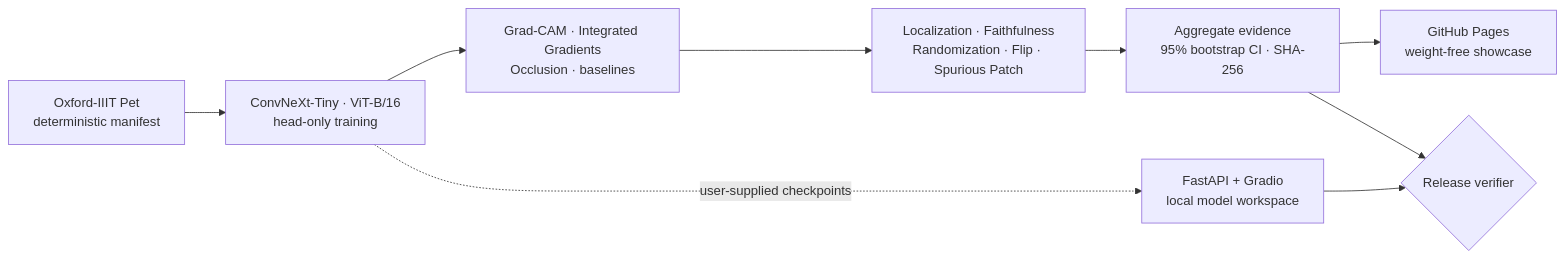
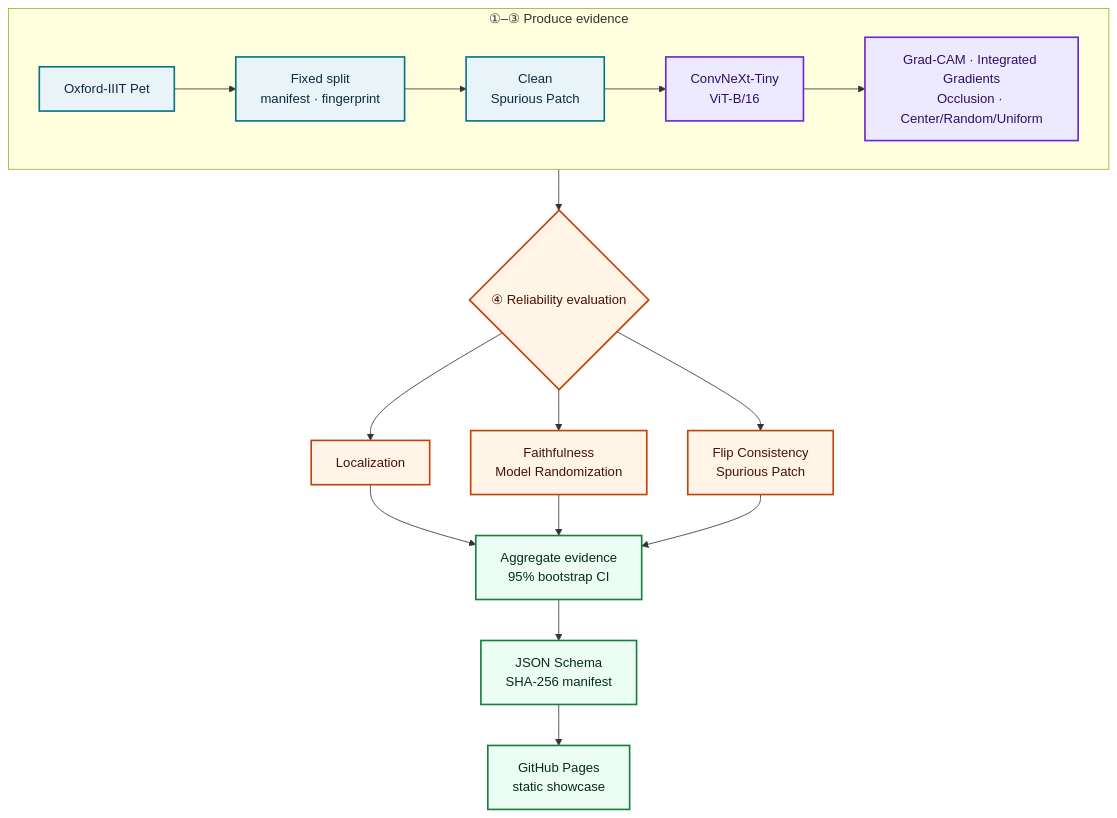
One commit to kuotunyu/vision-xai-reliability-lab changed the first of 2 diagrams in README_en.md. Above: the diagram before and after it, drawn with Mermaid. The commit also changed other lines of this file and 1 other file, not shown here.

Commit message:
Clarify README evidence architecture

````diff
--- a/README_en.md
+++ b/README_en.md
@@ -34,11 +36,29 @@
 ```mermaid
-flowchart LR
-    Data["Oxford-IIIT Pet<br/>deterministic manifest"] --> Train["ConvNeXt-Tiny · ViT-B/16<br/>head-only training"]
-    Train --> Attr["Grad-CAM · Integrated Gradients<br/>Occlusion · baselines"]
-    Attr --> Eval["Localization · Faithfulness<br/>Randomization · Flip · Spurious Patch"]
-    Eval --> Evidence["Aggregate evidence<br/>95% bootstrap CI · SHA-256"]
-    Evidence --> Showcase["GitHub Pages<br/>weight-free showcase"]
-    Train -. user-supplied checkpoints .-> Local["FastAPI + Gradio<br/>local model workspace"]
-    Evidence --> Gate{"Release verifier"}
-    Local --> Gate
+flowchart TB
+    subgraph Produce["①–③ Produce evidence"]
+        direction LR
+        Data["Oxford-IIIT Pet"] --> Contract["Fixed split<br/>manifest · fingerprint"]
+        Contract --> Conditions["Clean<br/>Spurious Patch"]
+        Conditions --> Models["ConvNeXt-Tiny<br/>ViT-B/16"]
+        Models --> Attribution["Grad-CAM · Integrated Gradients<br/>Occlusion · Center/Random/Uniform"]
+    end
+
+    Attribution --> Evaluate{"④ Reliability evaluation"}
+    Evaluate --> Localization["Localization"]
+    Evaluate --> Dependence["Faithfulness<br/>Model Randomization"]
+    Evaluate --> Robustness["Flip Consistency<br/>Spurious Patch"]
+    Localization --> Aggregate["Aggregate evidence<br/>95% bootstrap CI"]
+    Dependence --> Aggregate
+    Robustness --> Aggregate
+    Aggregate --> Integrity["JSON Schema<br/>SHA-256 manifest"]
+    Integrity --> Showcase["GitHub Pages<br/>static showcase"]
+
+    classDef data fill:#E8F4F8,stroke:#0B7285,stroke-width:2px,color:#102A43
+    classDef model fill:#EDE9FE,stroke:#6D28D9,stroke-width:2px,color:#2E1065
+    classDef evaluation fill:#FFF4E6,stroke:#C2410C,stroke-width:2px,color:#431407
+    classDef evidence fill:#ECFDF3,stroke:#15803D,stroke-width:2px,color:#052E16
+    class Data,Contract,Conditions data
+    class Models,Attribution model
+    class Evaluate,Localization,Dependence,Robustness evaluation
+    class Aggregate,Integrity,Showcase evidence
 ```
````
